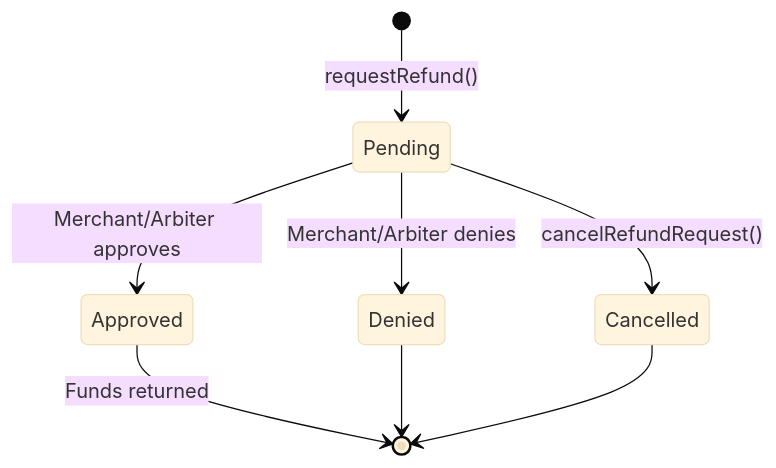
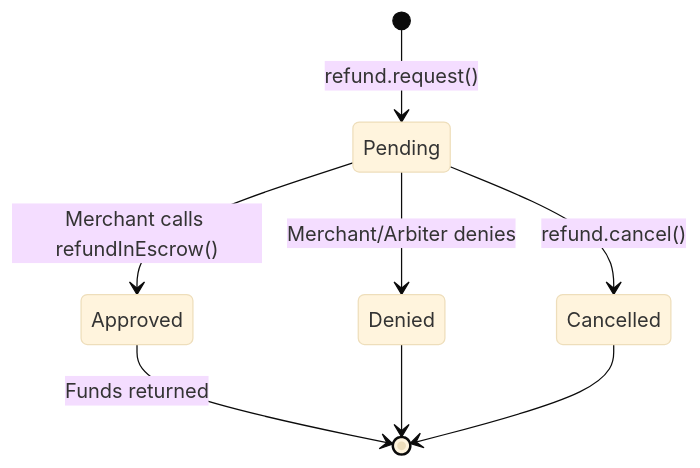
One commit to BackTrackCo/docs changed the diagram in sdk/client/refund-operations.mdx. Above: the diagram before and after it, drawn with Mermaid (base theme). The commit also changed other lines of this file and 20 other files, not shown here.

````diff
--- a/sdk/client/refund-operations.mdx
+++ b/sdk/client/refund-operations.mdx
@@ -79,10 +86,10 @@
 ```mermaid
 stateDiagram-v2
-    [*] --> Pending: requestRefund()
-    Pending --> Approved: Merchant/Arbiter approves
+    [*] --> Pending: refund.request()
+    Pending --> Approved: Merchant calls refundInEscrow()
     Pending --> Denied: Merchant/Arbiter denies
-    Pending --> Cancelled: cancelRefundRequest()
+    Pending --> Cancelled: refund.cancel()
     Approved --> [*]: Funds returned
     Denied --> [*]
     Cancelled --> [*]
 ```
````
